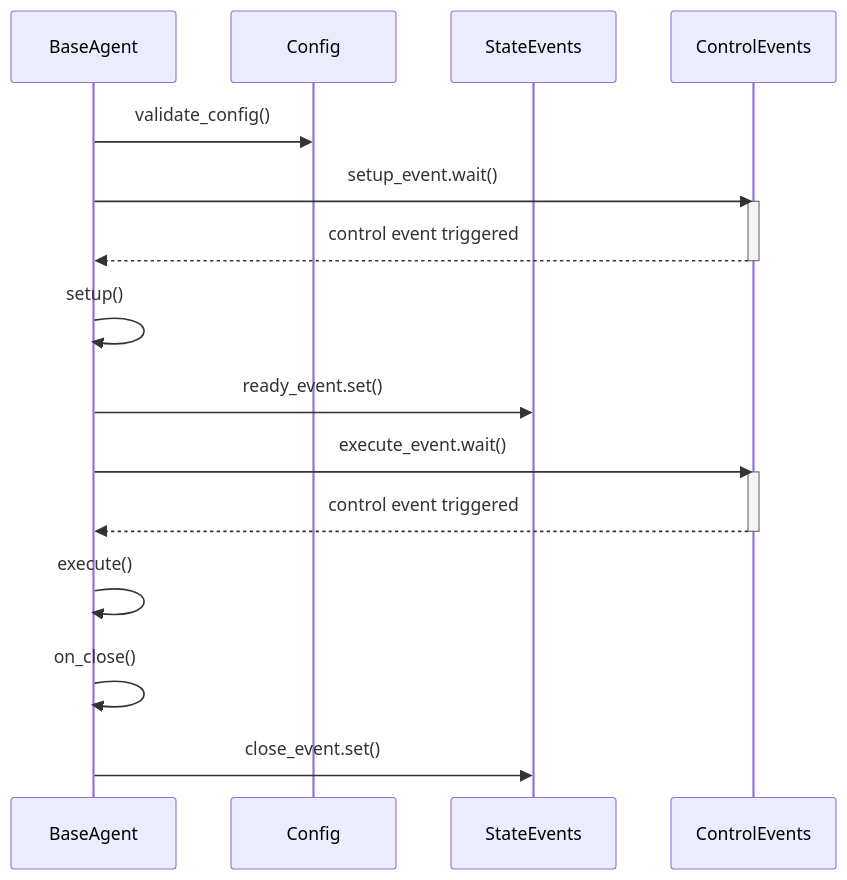
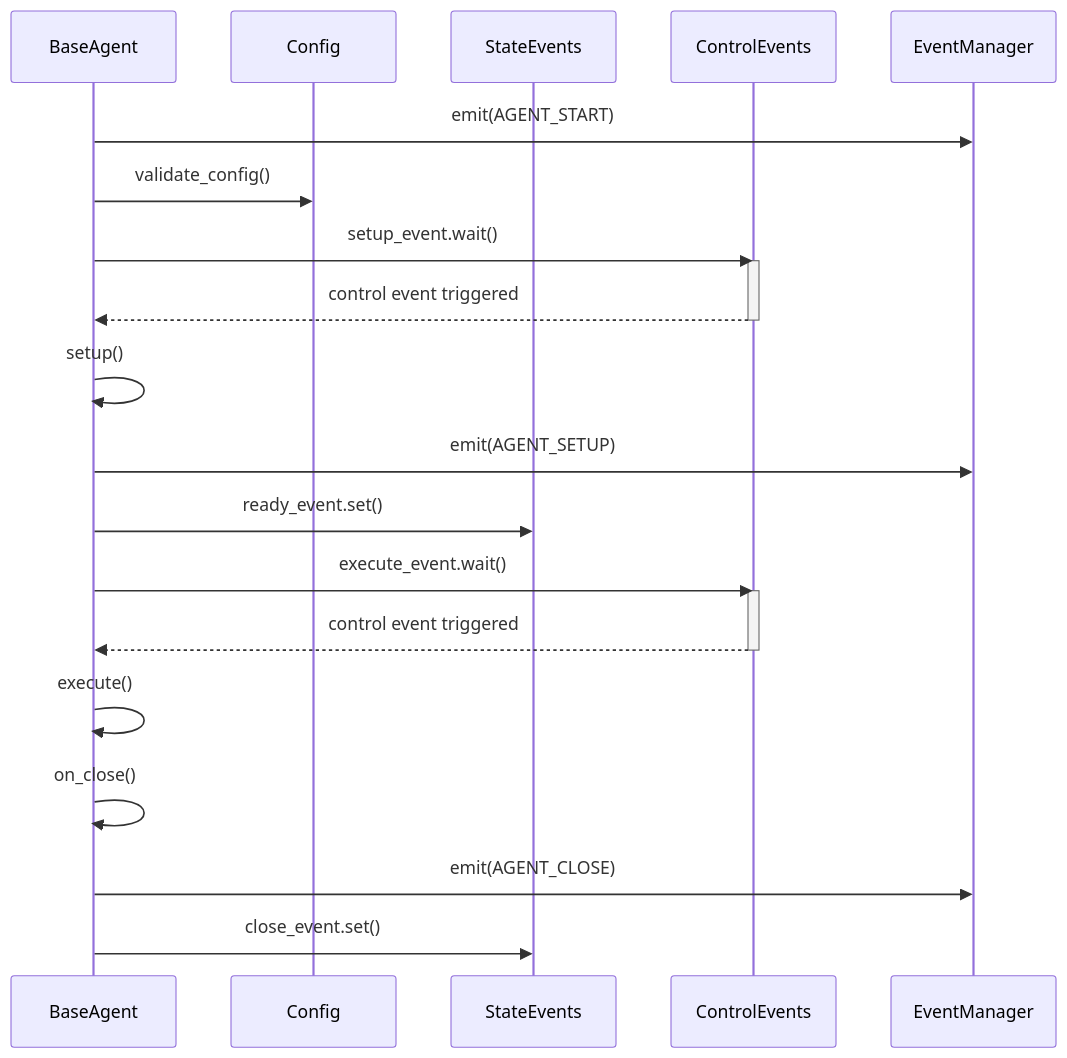
Before and after one commit to giulio333/PyOrchestrateDocumentation: the second of 2 diagrams in docs/learn/agents/built-in-agents/baseagent.md, drawn with Mermaid.

Commit message:
Enhance BaseAgent documentation with event management details
- Added EventManager interactions to the sequence diagram for clarity.
- Included emissions for AGENT_START, AGENT_SETUP, and AGENT_CLOSE events.
- Improved understanding of the agent's lifecycle and event handling.

````diff
--- a/docs/learn/agents/built-in-agents/baseagent.md
+++ b/docs/learn/agents/built-in-agents/baseagent.md
@@ -46,22 +46,26 @@
 ```mermaid
 sequenceDiagram
     participant Agent as BaseAgent
     participant Config as Config
     participant StateEvents as StateEvents
     participant ControlEvents as ControlEvents
+    participant EventManager as EventManager
 
+    Agent->>EventManager: emit(AGENT_START)
     Agent->>Config: validate_config()
     Agent->>ControlEvents: setup_event.wait()
     activate ControlEvents
     ControlEvents-->>Agent: control event triggered
     deactivate ControlEvents
     Agent->>Agent: setup()
+    Agent->>EventManager: emit(AGENT_SETUP)
     Agent->>StateEvents: ready_event.set()
     Agent->>ControlEvents: execute_event.wait()
     activate ControlEvents
     ControlEvents-->>Agent: control event triggered
     deactivate ControlEvents
     Agent->>Agent: execute()
     Agent->>Agent: on_close()
+    Agent->>EventManager: emit(AGENT_CLOSE)
     Agent->>StateEvents: close_event.set()
 ```
````
